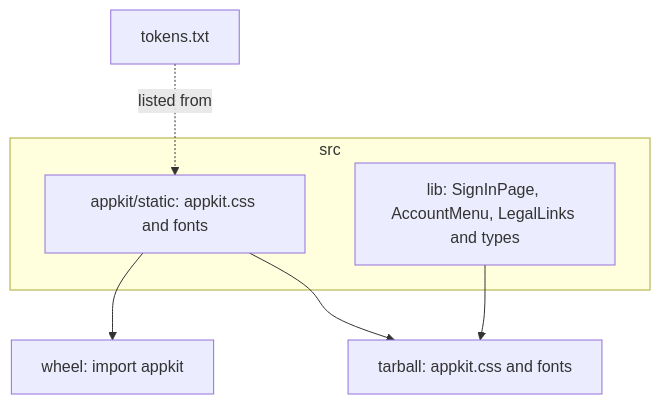
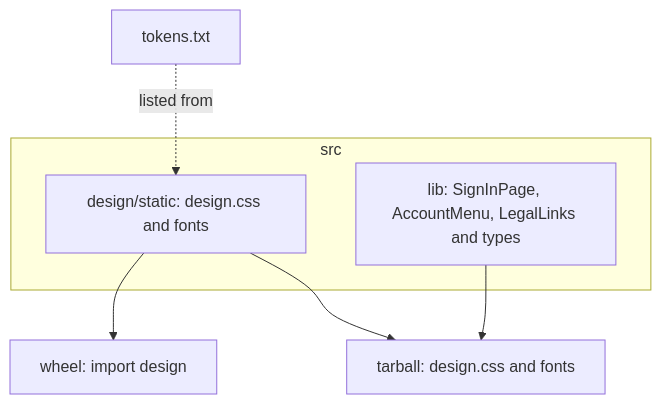
One commit to overnightworks/appkit changed the second of 3 diagrams in docs/ARCHITECTURE.md. Above: the diagram before and after it, drawn with Mermaid. The commit also changed other lines of this file and 33 other files, not shown here.

First line of the commit message:
Every name appkit derives from its stem becomes design (#140)

````diff
--- a/docs/ARCHITECTURE.md
+++ b/docs/ARCHITECTURE.md
@@ -32,11 +32,11 @@
 ```mermaid
 flowchart TB
   subgraph source[src]
-    css[appkit/static: appkit.css and fonts]
+    css[design/static: design.css and fonts]
     comp[lib: SignInPage, AccountMenu, LegalLinks and types]
   end
-  css --> wheel[wheel: import appkit]
-  css --> tgz[tarball: appkit.css and fonts]
+  css --> wheel[wheel: import design]
+  css --> tgz[tarball: design.css and fonts]
   comp --> tgz
   tokens[tokens.txt] -. listed from .-> css
 ```
````
